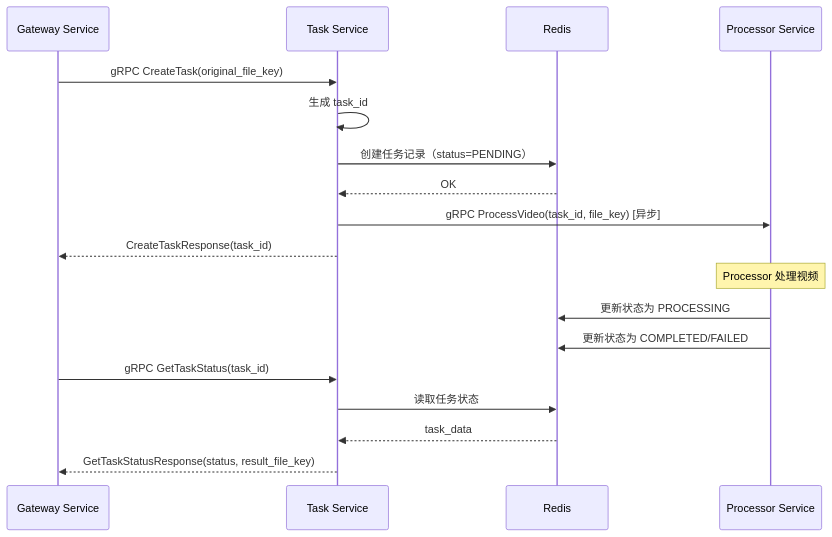
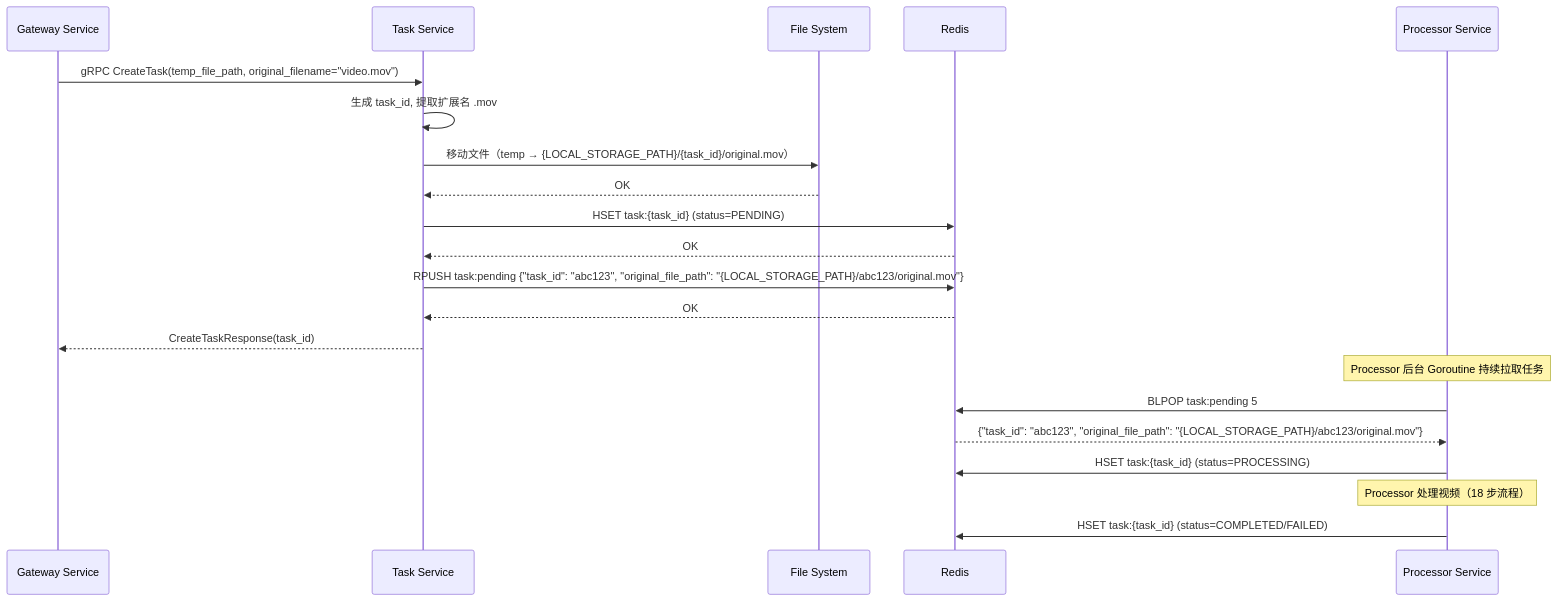
Before and after one commit to AoManoh/Video-In-Chinese: the first of 2 diagrams in notes/Task-design.md, drawn with Mermaid. The commit also changed other lines of this file and 1 other file, not shown here.

````diff
--- a/notes/Task-design.md
+++ b/notes/Task-design.md
@@ -175,23 +252,25 @@
 ```mermaid
 sequenceDiagram
     participant G as Gateway Service
     participant T as Task Service
+    participant FS as File System
     participant R as Redis
     participant P as Processor Service
 
-    G->>T: gRPC CreateTask(original_file_key)
-    T->>T: 生成 task_id
-    T->>R: 创建任务记录（status=PENDING）
+    G->>T: gRPC CreateTask(temp_file_path, original_filename="video.mov")
+    T->>T: 生成 task_id, 提取扩展名 .mov
+    T->>FS: 移动文件（temp → {LOCAL_STORAGE_PATH}/{task_id}/original.mov）
+    FS-->>T: OK
+    T->>R: HSET task:{task_id} (status=PENDING)
     R-->>T: OK
-    T->>P: gRPC ProcessVideo(task_id, file_key) [异步]
+    T->>R: RPUSH task:pending {"task_id": "abc123", "original_file_path": "{LOCAL_STORAGE_PATH}/abc123/original.mov"}
+    R-->>T: OK
     T-->>G: CreateTaskResponse(task_id)
 
-    Note over P: Processor 处理视频
-    P->>R: 更新状态为 PROCESSING
-    P->>R: 更新状态为 COMPLETED/FAILED
-
-    G->>T: gRPC GetTaskStatus(task_id)
-    T->>R: 读取任务状态
-    R-->>T: task_data
-    T-->>G: GetTaskStatusResponse(status, result_file_key)
+    Note over P: Processor 后台 Goroutine 持续拉取任务
+    P->>R: BLPOP task:pending 5
+    R-->>P: {"task_id": "abc123", "original_file_path": "{LOCAL_STORAGE_PATH}/abc123/original.mov"}
+    P->>R: HSET task:{task_id} (status=PROCESSING)
+    Note over P: Processor 处理视频（18 步流程）
+    P->>R: HSET task:{task_id} (status=COMPLETED/FAILED)
 ```
````
